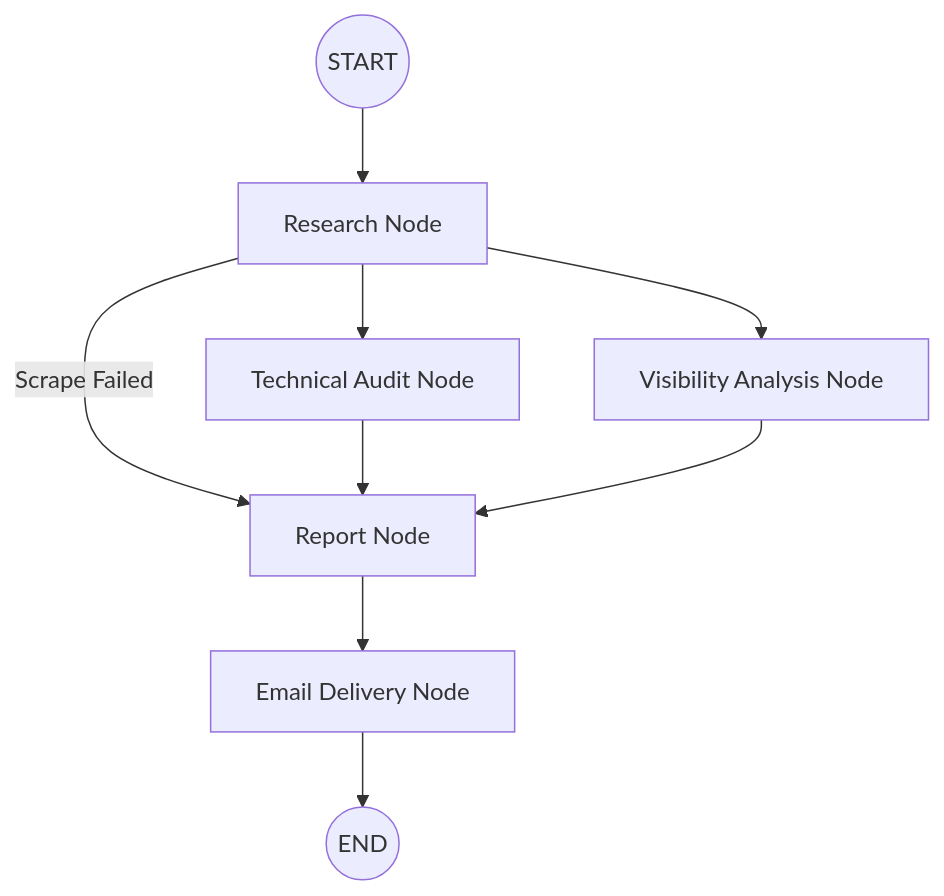
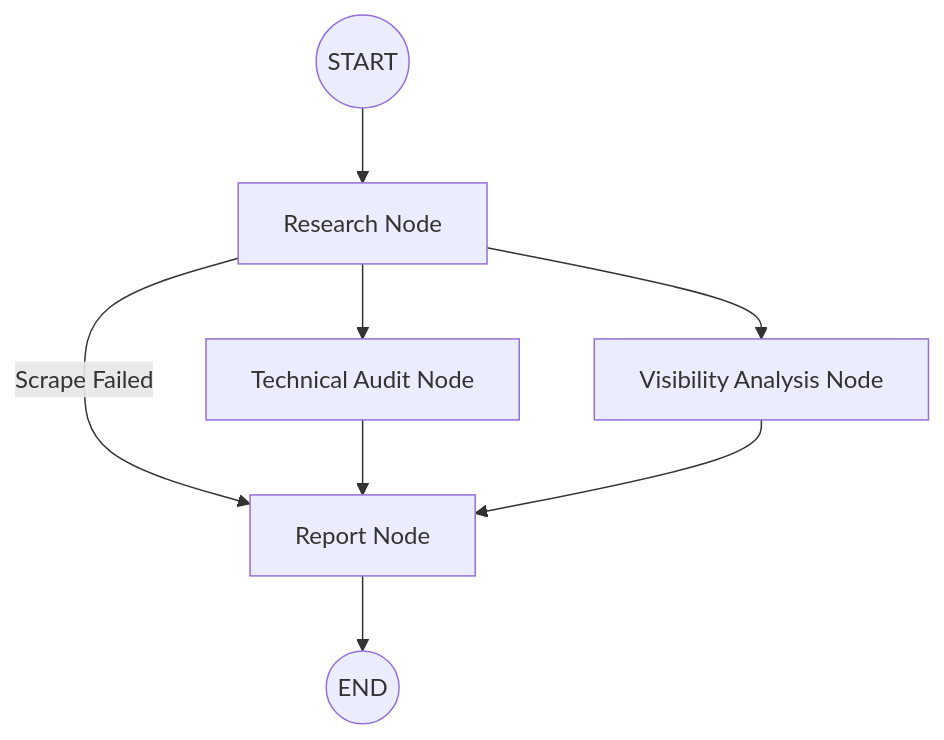
One commit to NomadicDigital/aeo-intelligence-agent changed the diagram in docs/architecture.md. Above: the diagram before and after it, drawn with Mermaid.

Commit message:
docs: updated  system architecture documentation

````diff
--- a/docs/architecture.md
+++ b/docs/architecture.md
@@ -5,15 +5,14 @@
 ```mermaid
 graph TD
     START((START)) --> Research[Research Node]
 
     Research -- Scrape Failed --> Report[Report Node]
 
     Research --> Tech[Technical Audit Node]
     Research --> Vis[Visibility Analysis Node]
 
     Tech --> Report
     Vis --> Report
 
-    Report --> Email[Email Delivery Node]
-    Email --> END((END))
+    Report --> END((END))
 ```
````
